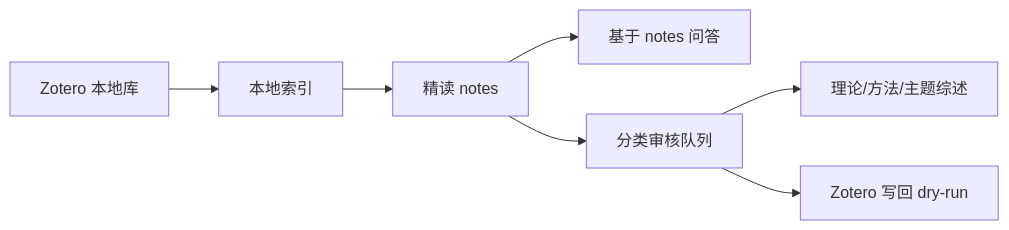
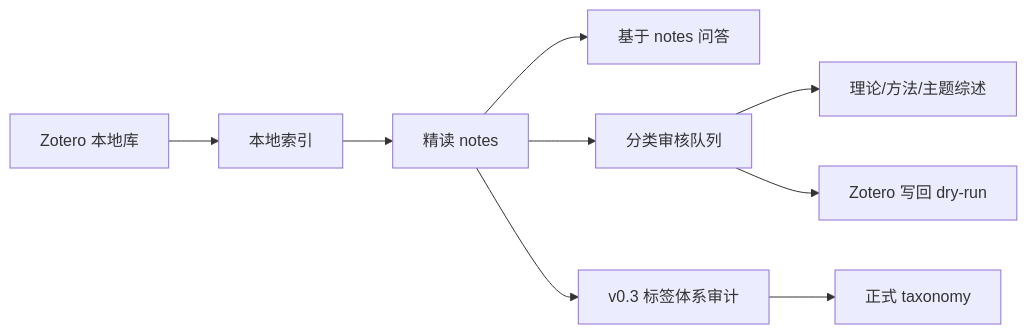
Before and after one commit to YYCCCHAOOO/MindCite: the diagram in README.md, drawn with Mermaid. The commit also changed other lines of this file and 11 other files, not shown here.

````diff
--- a/README.md
+++ b/README.md
@@ -39,9 +39,11 @@
 ```mermaid
 flowchart LR
   Zotero["Zotero 本地库"] --> Index["本地索引"]
   Index --> Reading["精读 notes"]
   Reading --> QA["基于 notes 问答"]
   Reading --> Classify["分类审核队列"]
+  Reading --> Tags["v0.3 标签体系审计"]
+  Tags --> Taxonomy["正式 taxonomy"]
   Classify --> Synthesis["理论/方法/主题综述"]
   Classify --> DryRun["Zotero 写回 dry-run"]
 ```
````
